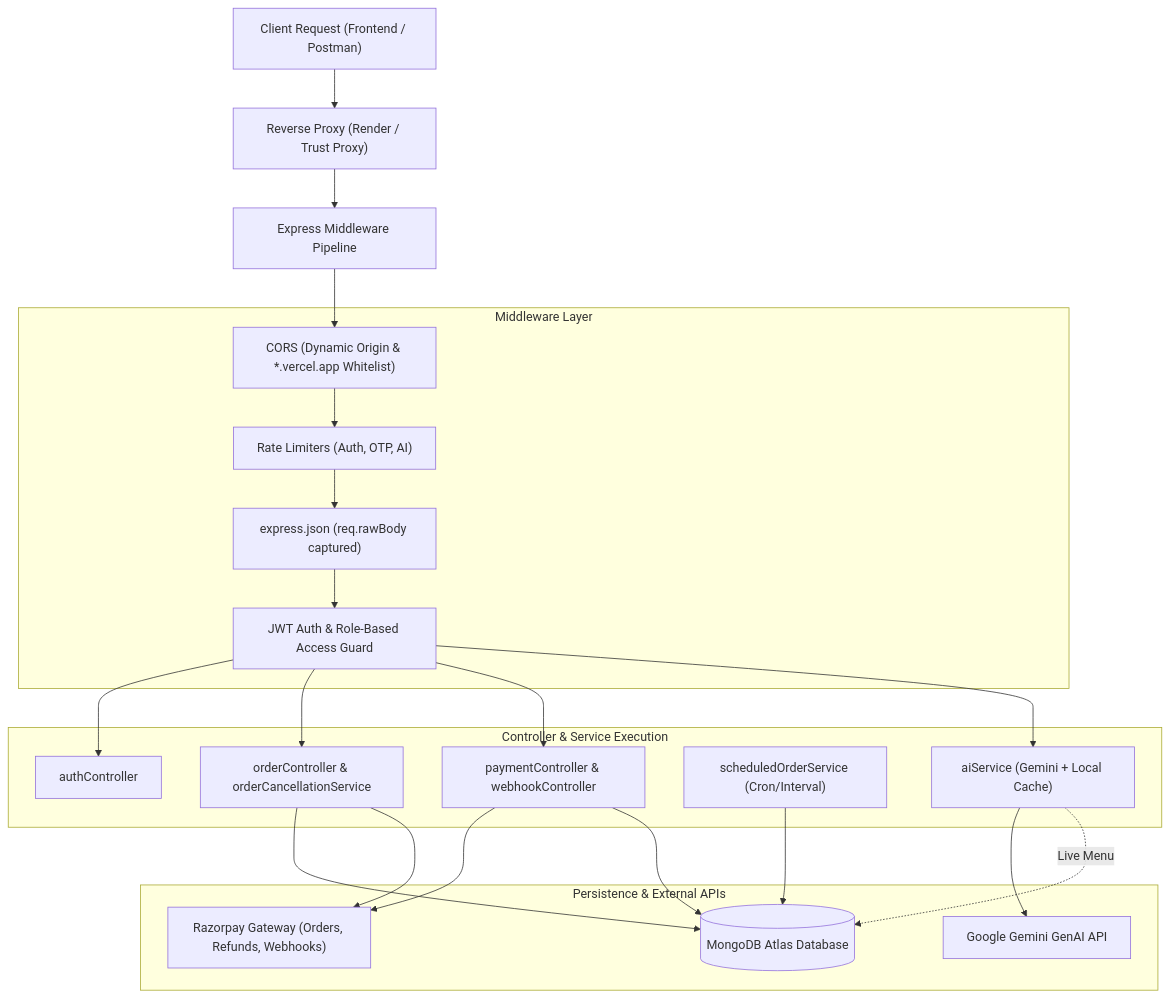
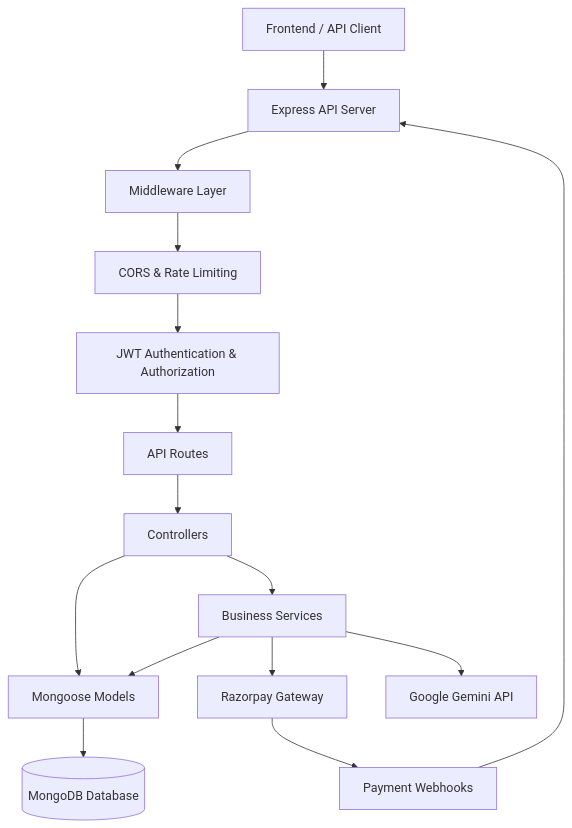
Before and after one commit to Sourav142005/LUX-Restaurant-Backend: the diagram in README.md, drawn with Mermaid. The commit also changed other lines of this file, not shown here.

````diff
--- a/README.md
+++ b/README.md
@@ -68,44 +119,23 @@
 ```mermaid
 flowchart TD
-    Client["Client Request (Frontend / Postman)"] --> Proxy["Reverse Proxy (Render / Trust Proxy)"]
-    Proxy --> Middleware["Express Middleware Pipeline"]
+    Client["Frontend / API Client"] --> Server["Express API Server"]
 
-    subgraph Pipeline["Middleware Layer"]
-        CORS["CORS (Dynamic Origin & *.vercel.app Whitelist)"]
-        RateLimit["Rate Limiters (Auth, OTP, AI)"]
-        RawBody["express.json (req.rawBody captured)"]
-        AuthGuard["JWT Auth & Role-Based Access Guard"]
-    end
+    Server --> Middleware["Middleware Layer"]
+    Middleware --> CORS["CORS & Rate Limiting"]
+    CORS --> Auth["JWT Authentication & Authorization"]
 
-    Middleware --> CORS
-    CORS --> RateLimit
-    RateLimit --> RawBody
-    RawBody --> AuthGuard
+    Auth --> Routes["API Routes"]
+    Routes --> Controllers["Controllers"]
 
-    subgraph Controllers["Controller & Service Execution"]
-        AuthCtrl["authController"]
-        OrderCtrl["orderController & orderCancellationService"]
-        PaymentCtrl["paymentController & webhookController"]
-        SchedSvc["scheduledOrderService (Cron/Interval)"]
-        AISvc["aiService (Gemini + Local Cache)"]
-    end
+    Controllers --> Services["Business Services"]
+    Controllers --> Models["Mongoose Models"]
 
-    AuthGuard --> AuthCtrl
-    AuthGuard --> OrderCtrl
-    AuthGuard --> PaymentCtrl
-    AuthGuard --> AISvc
+    Services --> Models
+    Models --> DB[("MongoDB Database")]
 
-    subgraph DataStore["Persistence & External APIs"]
-        Mongoose[("MongoDB Atlas Database")]
-        RazorpayGateway["Razorpay Gateway (Orders, Refunds, Webhooks)"]
-        GoogleGemini["Google Gemini GenAI API"]
-    end
+    Services --> Razorpay["Razorpay Gateway"]
+    Services --> Gemini["Google Gemini API"]
 
-    OrderCtrl --> Mongoose
-    OrderCtrl --> RazorpayGateway
-    PaymentCtrl --> RazorpayGateway
-    PaymentCtrl --> Mongoose
-    SchedSvc --> Mongoose
-    AISvc --> GoogleGemini
-    AISvc -.->|"Live Menu"| Mongoose
+    Razorpay --> Webhook["Payment Webhooks"]
+    Webhook --> Server
 ```
````
